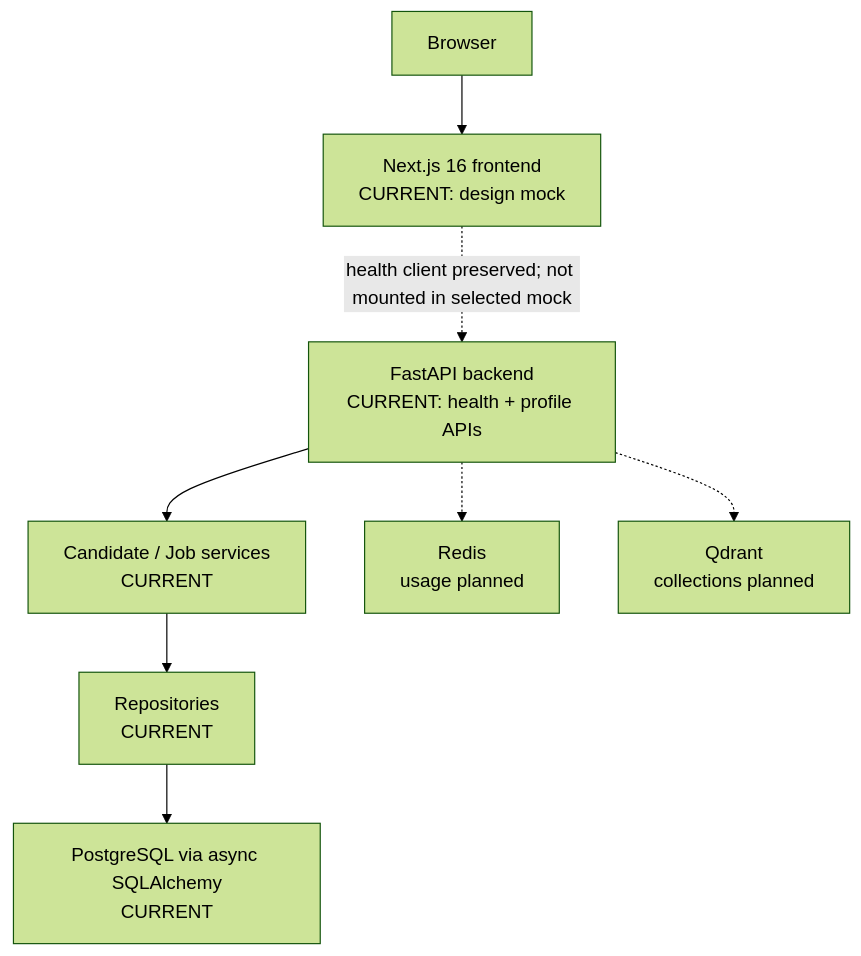
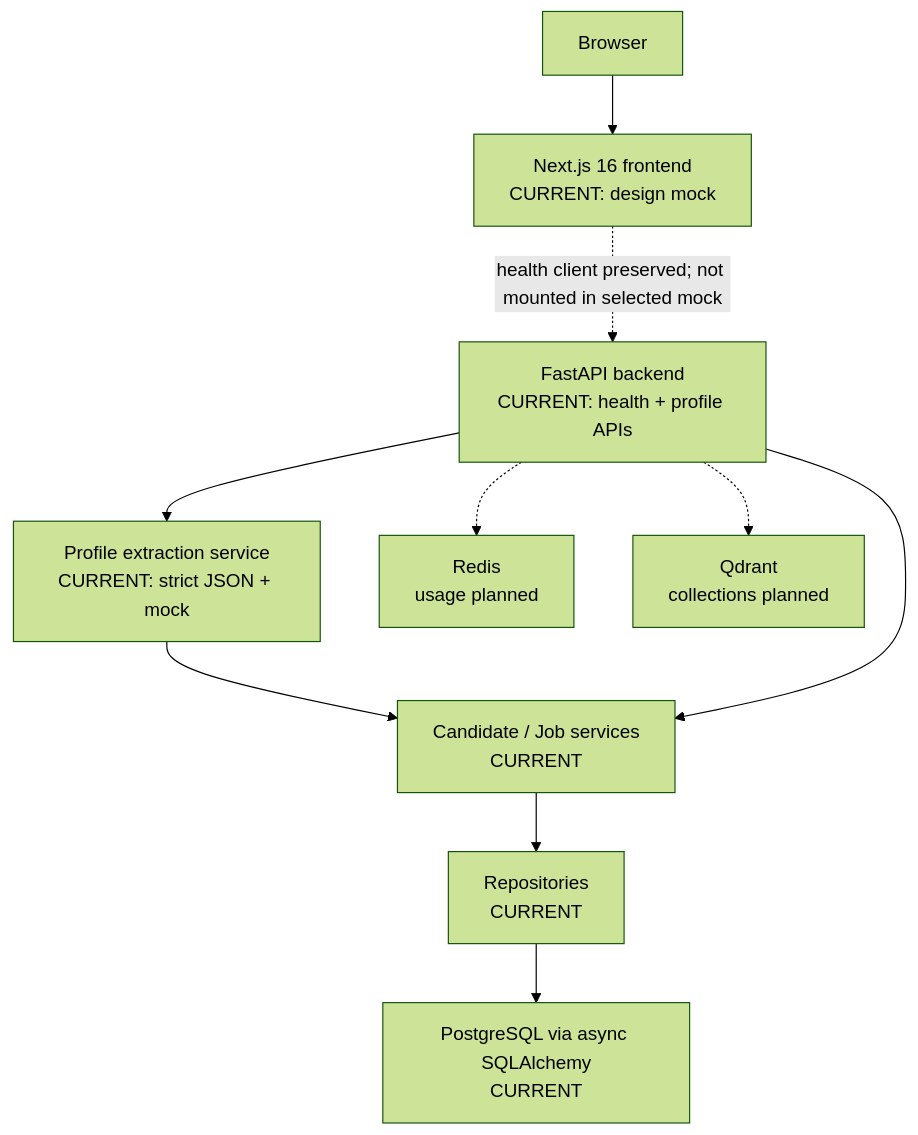
The first of 2 diagrams in docs/architecture.md (rM0on/peoplematch-agent), drawn with Mermaid (forest theme) before and after one commit. The commit also changed other lines of this file and 36 other files, not shown here.

Commit message:
feat: add structured profile extraction pipeline

````diff
--- a/docs/architecture.md
+++ b/docs/architecture.md
@@ -25,10 +25,12 @@
 ```mermaid
 flowchart TD
     Browser["Browser"] --> Next["Next.js 16 frontend\nCURRENT: design mock"]
     Next -. "health client preserved; not mounted in selected mock" .-> FastAPI["FastAPI backend\nCURRENT: health + profile APIs"]
-    FastAPI --> Service["Candidate / Job services\nCURRENT"]
+    FastAPI --> Extraction["Profile extraction service\nCURRENT: strict JSON + mock"]
+    Extraction --> Service["Candidate / Job services\nCURRENT"]
+    FastAPI --> Service
     Service --> Repository["Repositories\nCURRENT"]
     Repository --> PG["PostgreSQL via async SQLAlchemy\nCURRENT"]
     FastAPI -.-> Redis["Redis\nusage planned"]
     FastAPI -.-> Qdrant["Qdrant\ncollections planned"]
 ```
````
